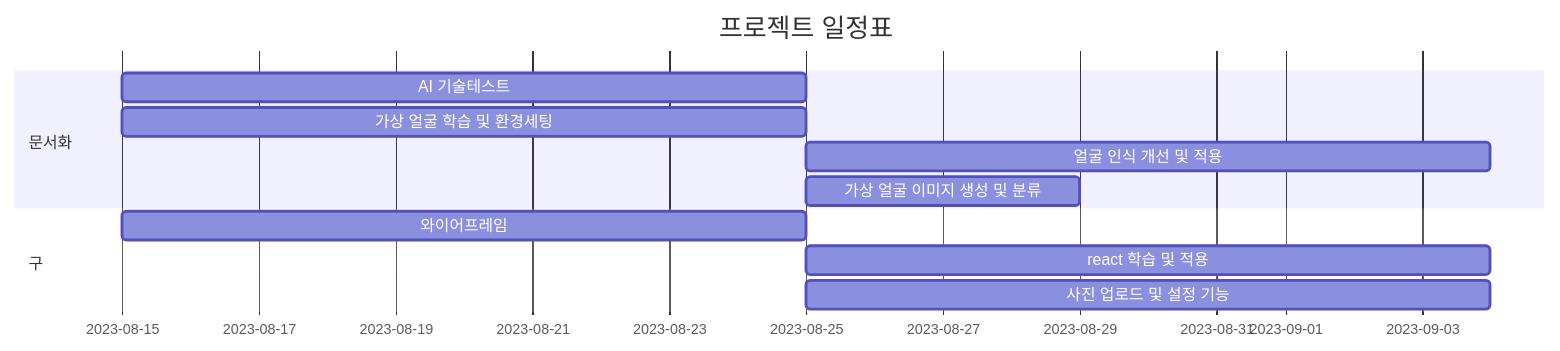
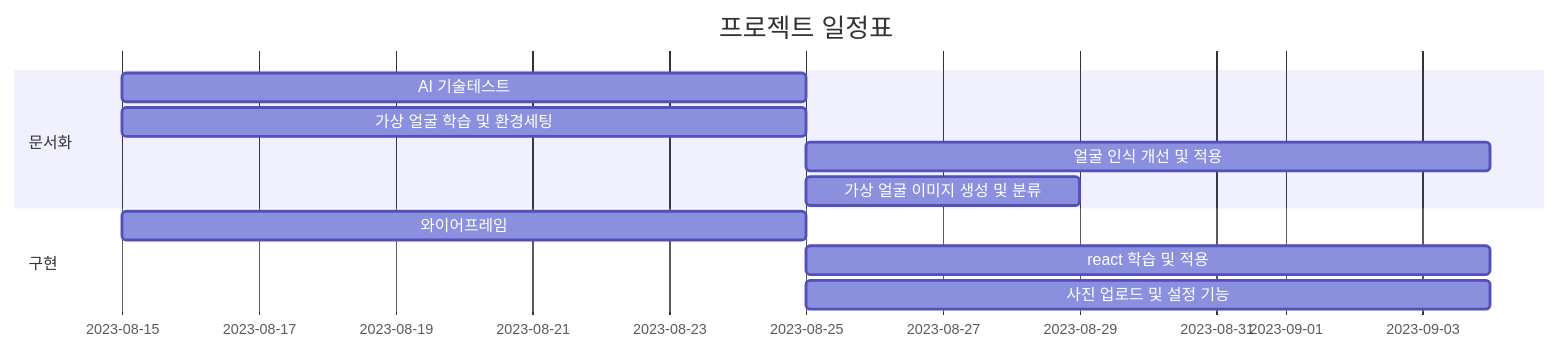
Before and after one commit to mmingu/mmingu: the diagram in README.md, drawn with Mermaid.

````diff
--- a/README.md
+++ b/README.md
@@ -5,16 +5,16 @@
 ```mermaid
 gantt
     title 프로젝트 일정표
     dateFormat  YYYY-MM-DD
     section 문서화
-    AI 기술테스트  : a1, 2023-08-15, 10d
+    AI 기술테스트  : , 2023-08-15, 10d
     가상 얼굴 학습 및 환경세팅  : 2023-08-15, 10d
     얼굴 인식 개선 및 적용 : after a1, 10d
     가상 얼굴 이미지 생성 및 분류 : after a1, 4d
 
-    section 구
+    section 구현 
     와이어프레임     :a1,2023-08-15, 10d
     react 학습 및 적용 : after a1,  10d
     사진 업로드 및 설정 기능 :after a1 , 10d
 
 ```
````
